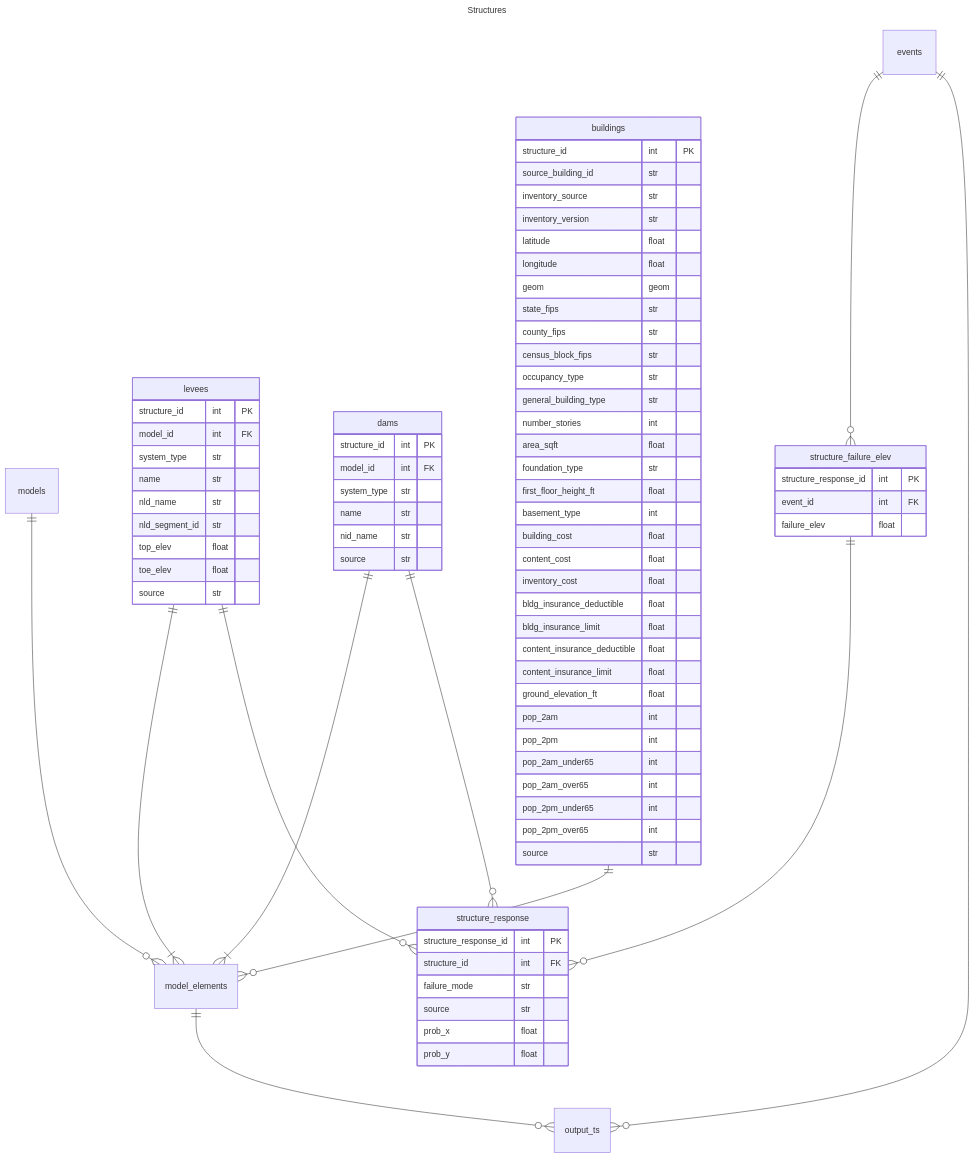
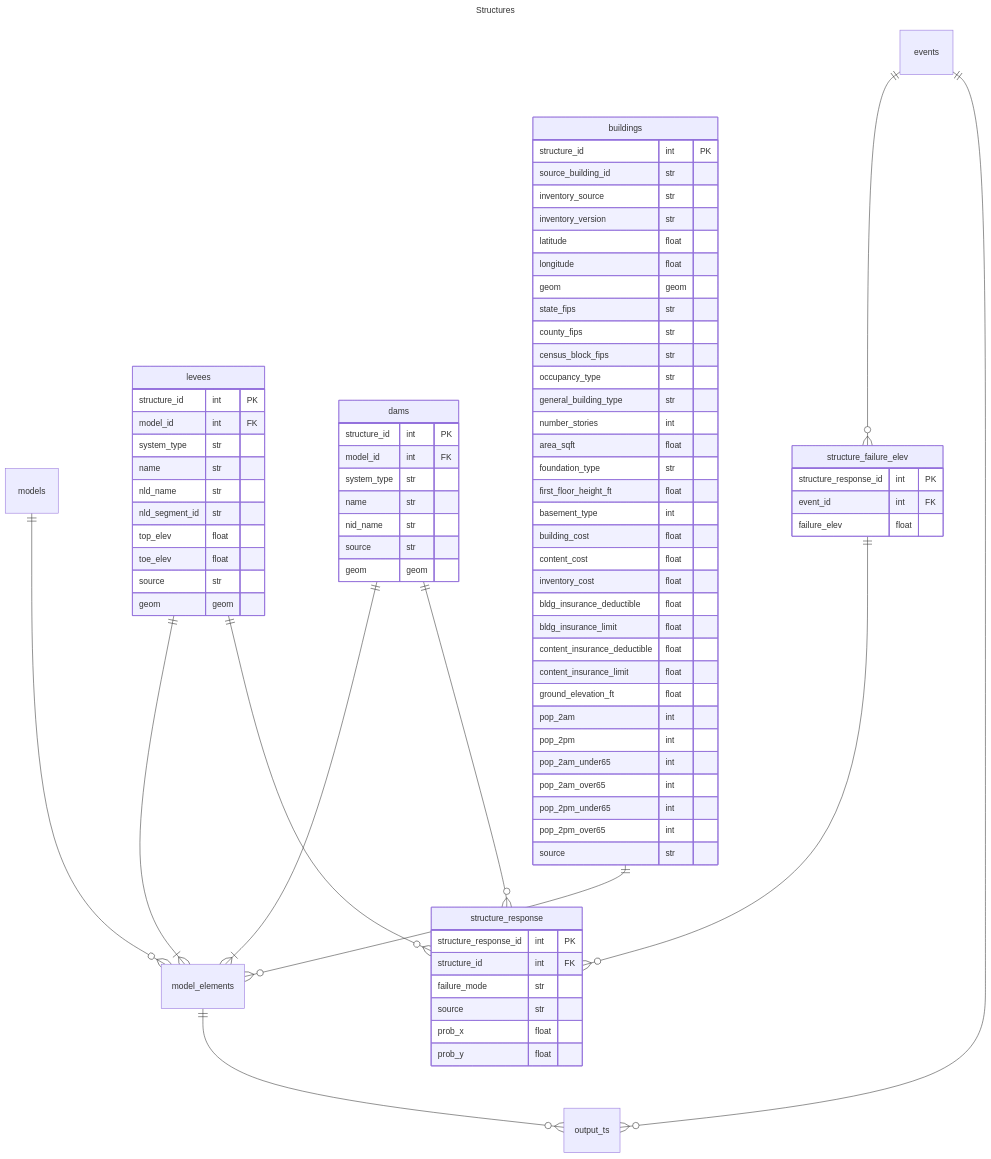
Before and after one commit to fema-ffrd/ffrd-data-model: the diagram in rdb/structures.mmd, drawn with Mermaid. The commit also changed 1 other file, not shown here.

```diff
--- a/rdb/structures.mmd
+++ b/rdb/structures.mmd
@@ -1,91 +1,93 @@
 ---
 title: Structures
 ---
 
 erDiagram
 
     models ||--o{ model_elements : ""
     events ||--o{ output_ts : ""
     levees ||--o{ structure_response :""
     levees ||--|{ model_elements : ""
     dams ||--o{ structure_response : ""
     dams ||--|{ model_elements : ""
     buildings ||--o{ model_elements : ""
     model_elements ||--o{ output_ts : ""
     events ||--o{ structure_failure_elev : ""
     structure_failure_elev ||--o{ structure_response : ""
 
     events {
     }
     models{
     }
     model_elements {
     }
 
     levees {
         structure_id int PK
         model_id int FK
         system_type str
         name str
         nld_name str
         nld_segment_id str
         top_elev float
         toe_elev float
         source str
+        geom geom
     }
     dams {
         structure_id int PK
         model_id int FK
         system_type str
         name str
         nid_name str
         source str
+        geom geom
     }
     structure_response {
         structure_response_id int PK
         structure_id int FK
         failure_mode str
         source str
         prob_x float
         prob_y float
     }
     structure_failure_elev {
         structure_response_id int PK
         event_id int FK
         failure_elev float
     }
 
     buildings {
         structure_id int PK
         source_building_id str
         inventory_source str
         inventory_version str
         latitude float
         longitude float
         geom geom
         state_fips str
         county_fips str
         census_block_fips str
         occupancy_type str
         general_building_type str
         number_stories int
         area_sqft float
         foundation_type str
         first_floor_height_ft float
         basement_type int
         building_cost float
         content_cost float
         inventory_cost float
         bldg_insurance_deductible float
         bldg_insurance_limit float
         content_insurance_deductible float
         content_insurance_limit float
         ground_elevation_ft float
         pop_2am int
         pop_2pm int
         pop_2am_under65 int
         pop_2am_over65 int
         pop_2pm_under65 int
         pop_2pm_over65 int
         source str
     }
```
